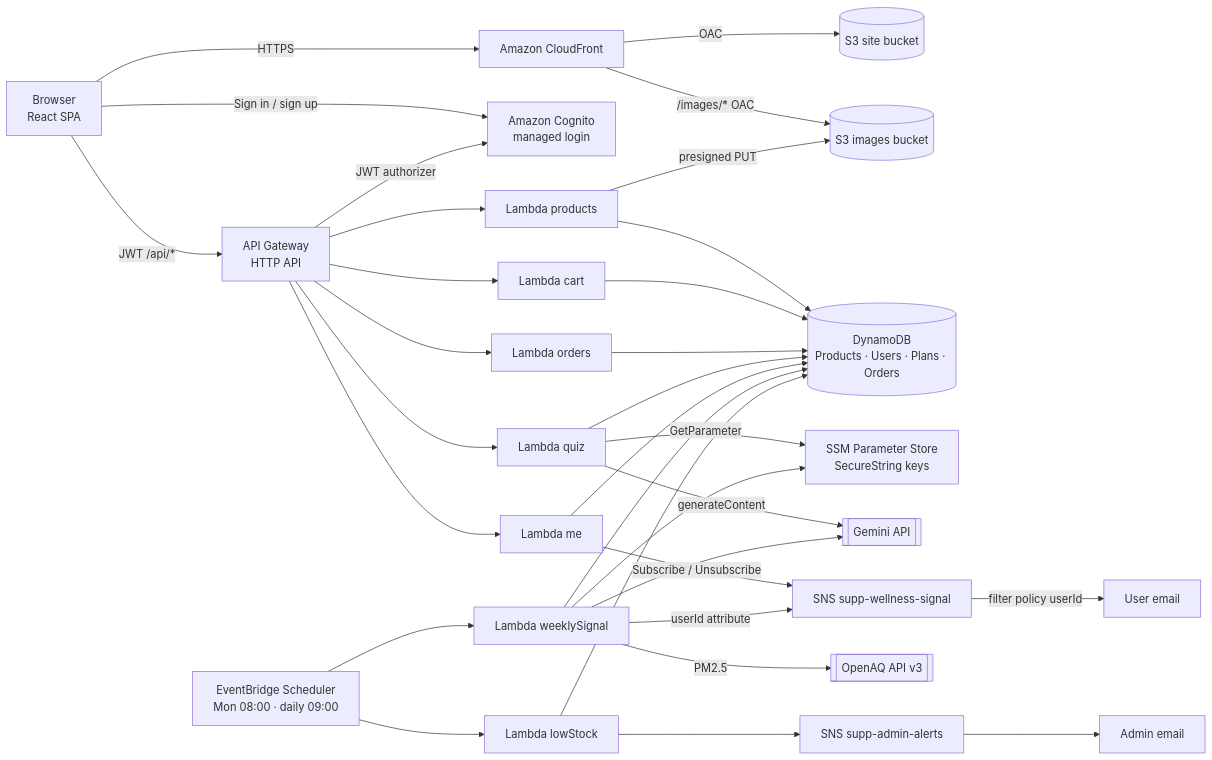
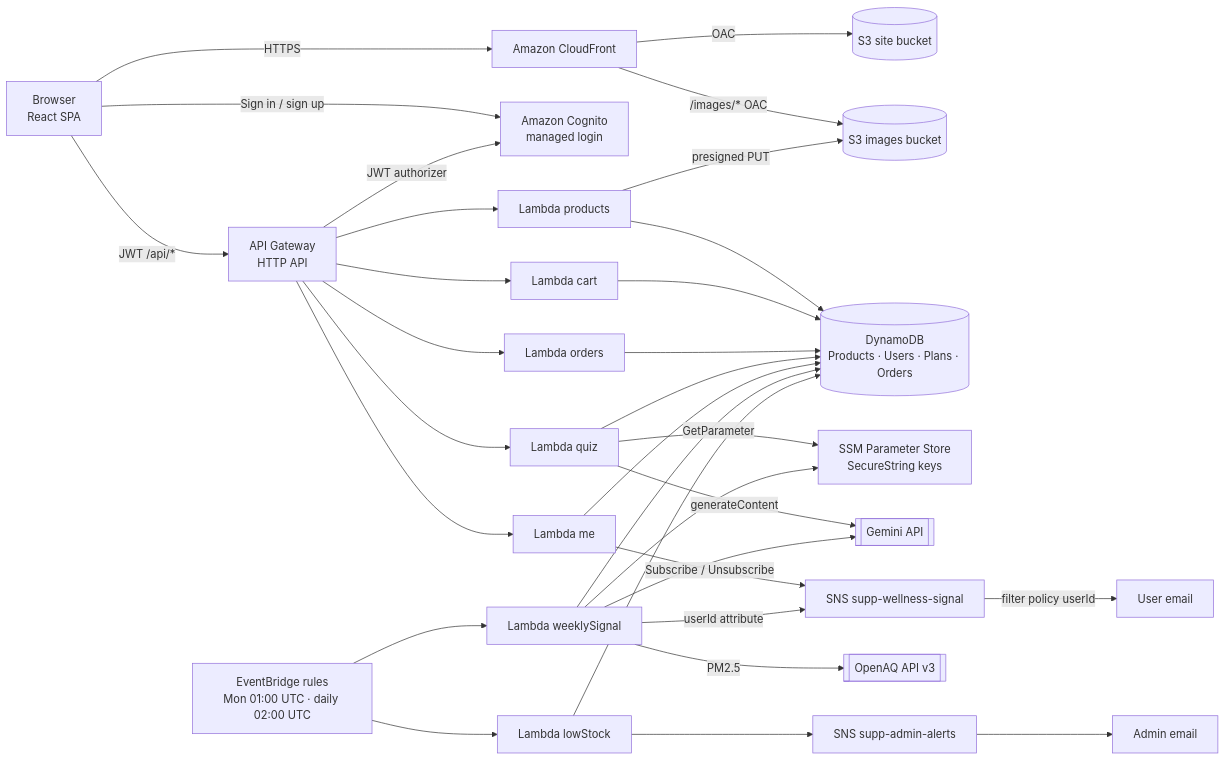
Before and after one commit to chansris2312/supplement-shop: the diagram in README.md, drawn with Mermaid. The commit also changed other lines of this file and 6 other files, not shown here.

First line of the commit message:
Target AWS Academy Learner Lab (us-east-1, LabRole, EventBridge rules)

````diff
--- a/README.md
+++ b/README.md
@@ -26,30 +26,30 @@
 ```mermaid
 flowchart LR
   U[Browser<br/>React SPA] -->|HTTPS| CF[Amazon CloudFront]
   CF -->|OAC| S3S[(S3 site bucket)]
   CF -->|/images/* OAC| S3I[(S3 images bucket)]
   U -->|Sign in / sign up| COG[Amazon Cognito<br/>managed login]
   U -->|JWT /api/*| API[API Gateway<br/>HTTP API]
   API -->|JWT authorizer| COG
   API --> LP[Lambda products]
   API --> LC[Lambda cart]
   API --> LO[Lambda orders]
   API --> LQ[Lambda quiz]
   API --> LM[Lambda me]
   LP -->|presigned PUT| S3I
   LP & LC & LO & LQ & LM --> DDB[(DynamoDB<br/>Products · Users · Plans · Orders)]
   LQ -->|GetParameter| SSM[SSM Parameter Store<br/>SecureString keys]
   LQ -->|generateContent| GEM[[Gemini API]]
   LM -->|Subscribe / Unsubscribe| SNS1[SNS supp-wellness-signal]
-  SCH[EventBridge Scheduler<br/>Mon 08:00 · daily 09:00] --> LW[Lambda weeklySignal]
+  SCH[EventBridge rules<br/>Mon 01:00 UTC · daily 02:00 UTC] --> LW[Lambda weeklySignal]
   SCH --> LS[Lambda lowStock]
   LW --> DDB
   LW --> SSM
   LW -->|PM2.5| AQ[[OpenAQ API v3]]
   LW --> GEM
   LW -->|userId attribute| SNS1
   LS --> DDB
   LS --> SNS2[SNS supp-admin-alerts]
   SNS1 -->|filter policy userId| MAIL1[User email]
   SNS2 --> MAIL2[Admin email]
 ```
````
